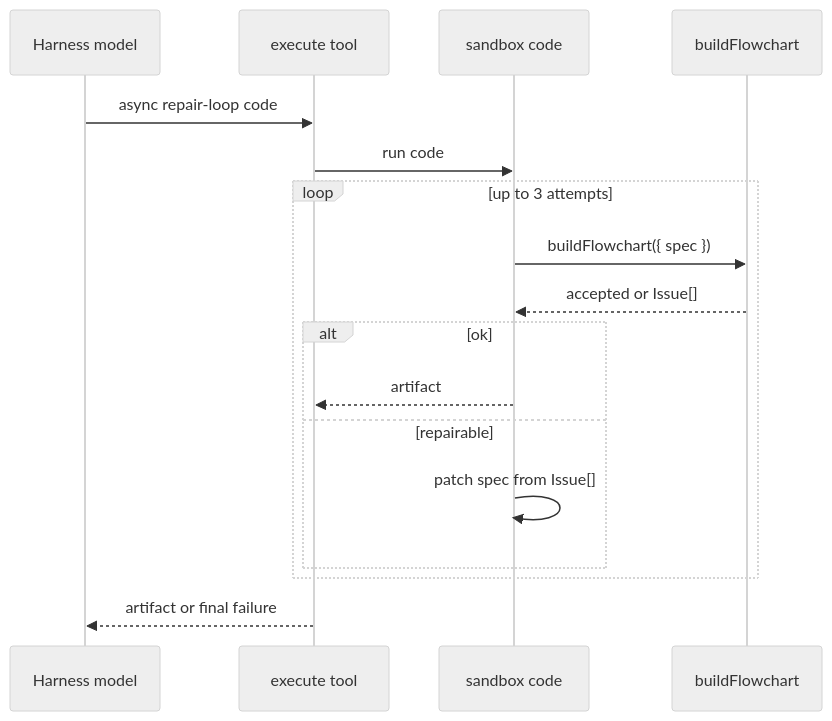
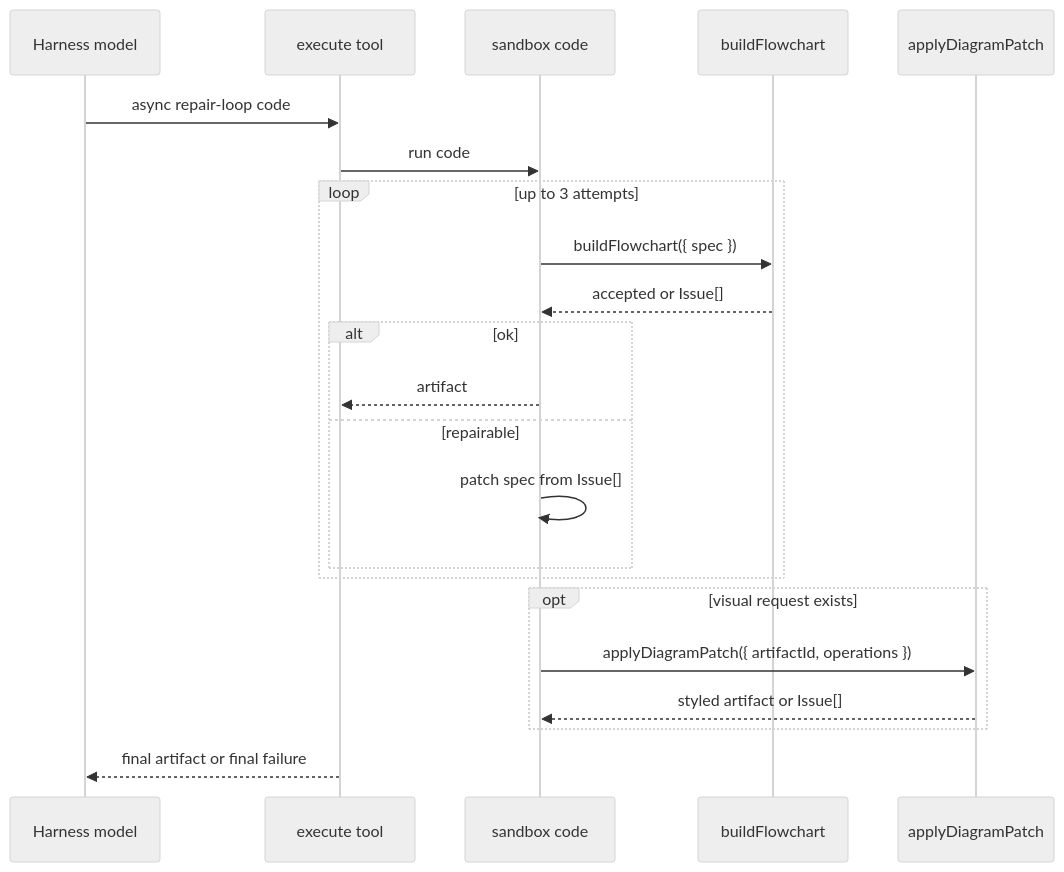
Diagram 14 of 17 in docs/mcp-tool-catalog.md (anand-testcompare/sketchi-v2-lab), drawn with Mermaid (neutral theme) before and after one commit. The commit also changed other lines of this file, not shown here.

Commit message:
docs: add diagram patch contract (#30)

````diff
--- a/docs/mcp-tool-catalog.md
+++ b/docs/mcp-tool-catalog.md
@@ -681,20 +980,25 @@
 ```mermaid
 sequenceDiagram
   participant H as Harness model
   participant E as execute tool
   participant S as sandbox code
   participant B as buildFlowchart
+  participant P as applyDiagramPatch
 
   H->>E: async repair-loop code
   E->>S: run code
   loop up to 3 attempts
     S->>B: buildFlowchart({ spec })
     B-->>S: accepted or Issue[]
     alt ok
       S-->>E: artifact
     else repairable
       S->>S: patch spec from Issue[]
     end
   end
-  E-->>H: artifact or final failure
+  opt visual request exists
+    S->>P: applyDiagramPatch({ artifactId, operations })
+    P-->>S: styled artifact or Issue[]
+  end
+  E-->>H: final artifact or final failure
 ```
````
